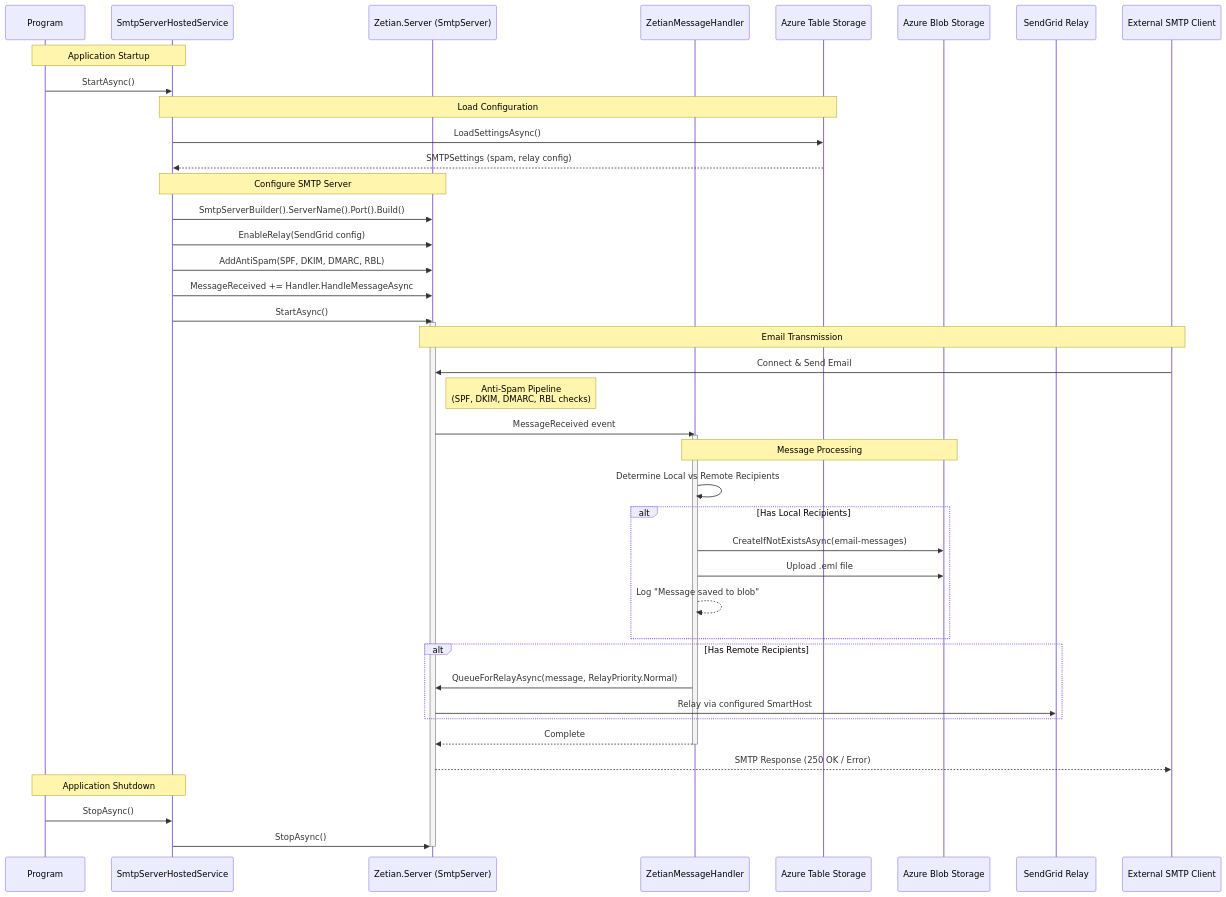
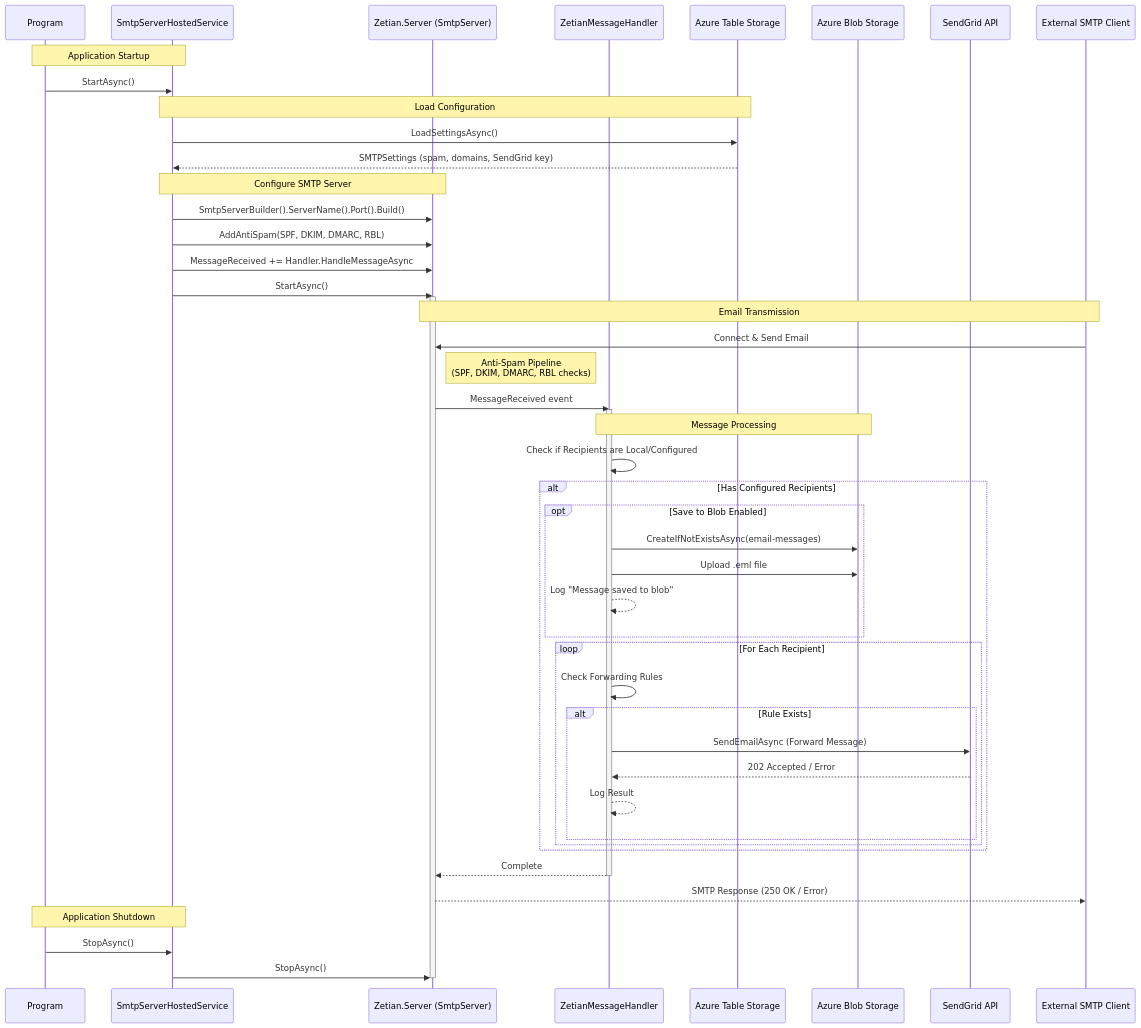
One commit to ADefWebserver/BlazorSMTPForwarder changed the diagram in BlazorSMTPForwarderSrv/Diagram.md. Above: the diagram before and after it, drawn with Mermaid. The commit also changed 2 other files, not shown here.

Commit message:
Add appsettings.json and update diagram for SendGrid API
- Include appsettings.json in output for runtime config
- Update sequence diagram: clarify SendGrid API usage, config details, and message handling logic
- Add appsettings.json template with logging and sample connection strings

````diff
--- a/BlazorSMTPForwarderSrv/Diagram.md
+++ b/BlazorSMTPForwarderSrv/Diagram.md
@@ -5,58 +5,63 @@
 ```mermaid
 sequenceDiagram
     participant Program
     participant HostedService as SmtpServerHostedService
     participant Zetian as Zetian.Server (SmtpServer)
     participant Handler as ZetianMessageHandler
     participant Table as Azure Table Storage
     participant Blob as Azure Blob Storage
-    participant SendGrid as SendGrid Relay
+    participant SendGrid as SendGrid API
     participant Client as External SMTP Client
 
     Note over Program, HostedService: Application Startup
     Program->>HostedService: StartAsync()
     
     Note over HostedService, Table: Load Configuration
     HostedService->>Table: LoadSettingsAsync()
-    Table-->>HostedService: SMTPSettings (spam, relay config)
+    Table-->>HostedService: SMTPSettings (spam, domains, SendGrid key)
     
     Note over HostedService, Zetian: Configure SMTP Server
     HostedService->>Zetian: SmtpServerBuilder().ServerName().Port().Build()
-    HostedService->>Zetian: EnableRelay(SendGrid config)
     HostedService->>Zetian: AddAntiSpam(SPF, DKIM, DMARC, RBL)
     HostedService->>Zetian: MessageReceived += Handler.HandleMessageAsync
     HostedService->>Zetian: StartAsync()
     activate Zetian
 
     Note over Client, Zetian: Email Transmission
     Client->>Zetian: Connect & Send Email
     
     Note right of Zetian: Anti-Spam Pipeline<br/>(SPF, DKIM, DMARC, RBL checks)
     
     Zetian->>Handler: MessageReceived event
     activate Handler
 
     Note over Handler, Blob: Message Processing
-    Handler->>Handler: Determine Local vs Remote Recipients
+    Handler->>Handler: Check if Recipients are Local/Configured
     
-    alt Has Local Recipients
-        Handler->>Blob: CreateIfNotExistsAsync(email-messages)
-        Handler->>Blob: Upload .eml file
-        Handler-->>Handler: Log "Message saved to blob"
-    end
-    
-    alt Has Remote Recipients
-        Handler->>Zetian: QueueForRelayAsync(message, RelayPriority.Normal)
-        Zetian->>SendGrid: Relay via configured SmartHost
+    alt Has Configured Recipients
+        opt Save to Blob Enabled
+            Handler->>Blob: CreateIfNotExistsAsync(email-messages)
+            Handler->>Blob: Upload .eml file
+            Handler-->>Handler: Log "Message saved to blob"
+        end
+        
+        loop For Each Recipient
+            Handler->>Handler: Check Forwarding Rules
+            alt Rule Exists
+                Handler->>SendGrid: SendEmailAsync (Forward Message)
+                SendGrid-->>Handler: 202 Accepted / Error
+                Handler-->>Handler: Log Result
+            end
+        end
     end
 
     Handler-->>Zetian: Complete
     deactivate Handler
 
     Zetian-->>Client: SMTP Response (250 OK / Error)
     
     Note over Program, HostedService: Application Shutdown
     Program->>HostedService: StopAsync()
     HostedService->>Zetian: StopAsync()
     deactivate Zetian
 ```
````
